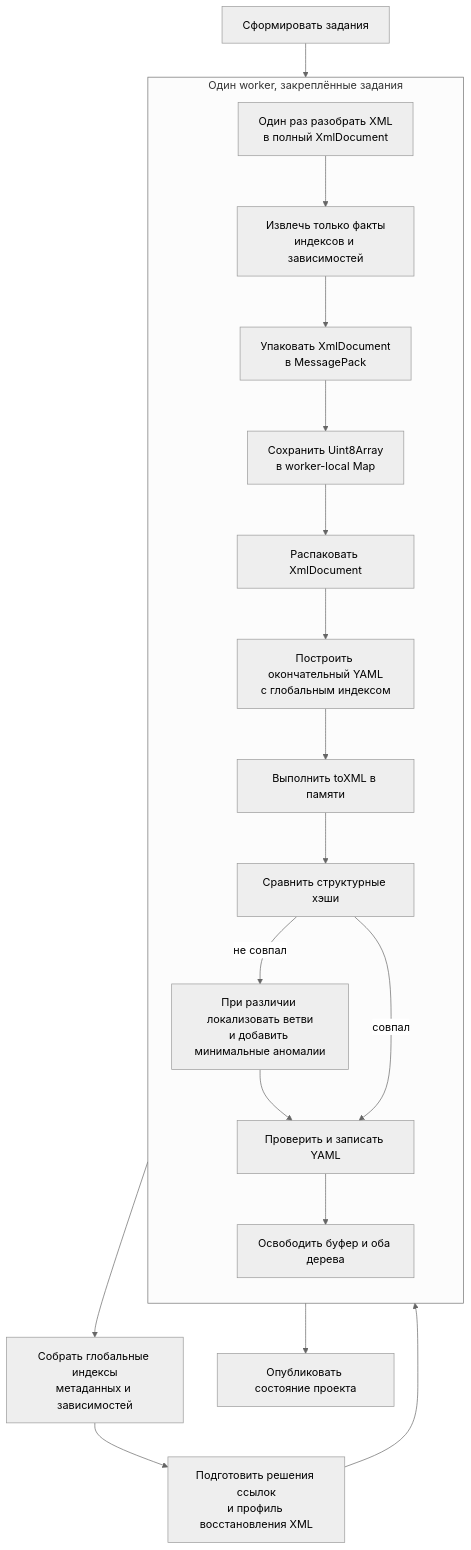
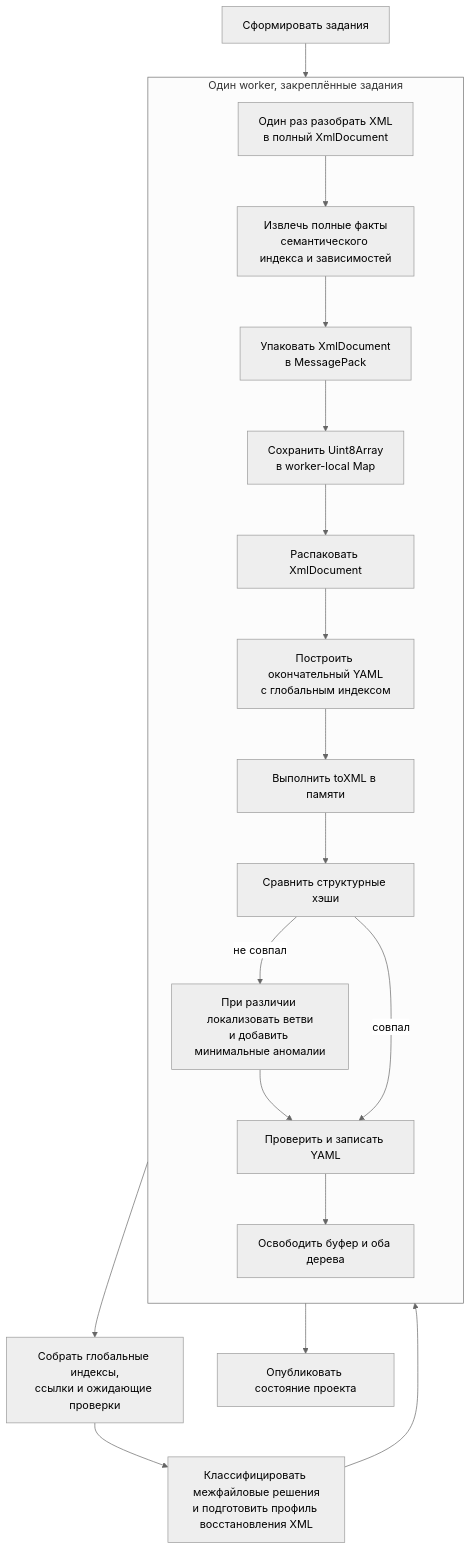
One commit to crimsongoldteam/nkdk changed the diagram in docs/superpowers/specs/2026-09-01-packed-xml-import-design.md. Above: the diagram before and after it, drawn with Mermaid (neutral theme). The commit also changed other lines of this file and 1 other file, not shown here.

````diff
--- a/docs/superpowers/specs/2026-09-01-packed-xml-import-design.md
+++ b/docs/superpowers/specs/2026-09-01-packed-xml-import-design.md
@@ -38,33 +39,33 @@
 ```mermaid
 flowchart TD
   discover["Сформировать задания"]
 
   subgraph worker["Один worker, закреплённые задания"]
     direction TD
     parse["Один раз разобрать XML<br/>в полный XmlDocument"]
-    facts["Извлечь только факты<br/>индексов и зависимостей"]
+    facts["Извлечь полные факты<br/>семантического индекса и зависимостей"]
     pack["Упаковать XmlDocument<br/>в MessagePack"]
     retain["Сохранить Uint8Array<br/>в worker-local Map"]
     unpack["Распаковать XmlDocument"]
     yaml["Построить окончательный YAML<br/>с глобальным индексом"]
     export["Выполнить toXML в памяти"]
     hash["Сравнить структурные хэши"]
     proof["При различии локализовать ветви<br/>и добавить минимальные аномалии"]
     write["Проверить и записать YAML"]
     release["Освободить буфер и оба дерева"]
 
     parse --> facts --> pack --> retain
     retain --> unpack --> yaml --> export --> hash
     hash -->|"не совпал"| proof --> write
     hash -->|"совпал"| write
     write --> release
   end
 
-  merge["Собрать глобальные индексы<br/>метаданных и зависимостей"]
-  decisions["Подготовить решения ссылок<br/>и профиль восстановления XML"]
+  merge["Собрать глобальные индексы,<br/>ссылки и ожидающие проверки"]
+  decisions["Классифицировать межфайловые решения<br/>и подготовить профиль восстановления XML"]
   publish["Опубликовать состояние проекта"]
 
   discover --> parse
   facts --> merge --> decisions --> unpack
   release --> publish
 ```
````
